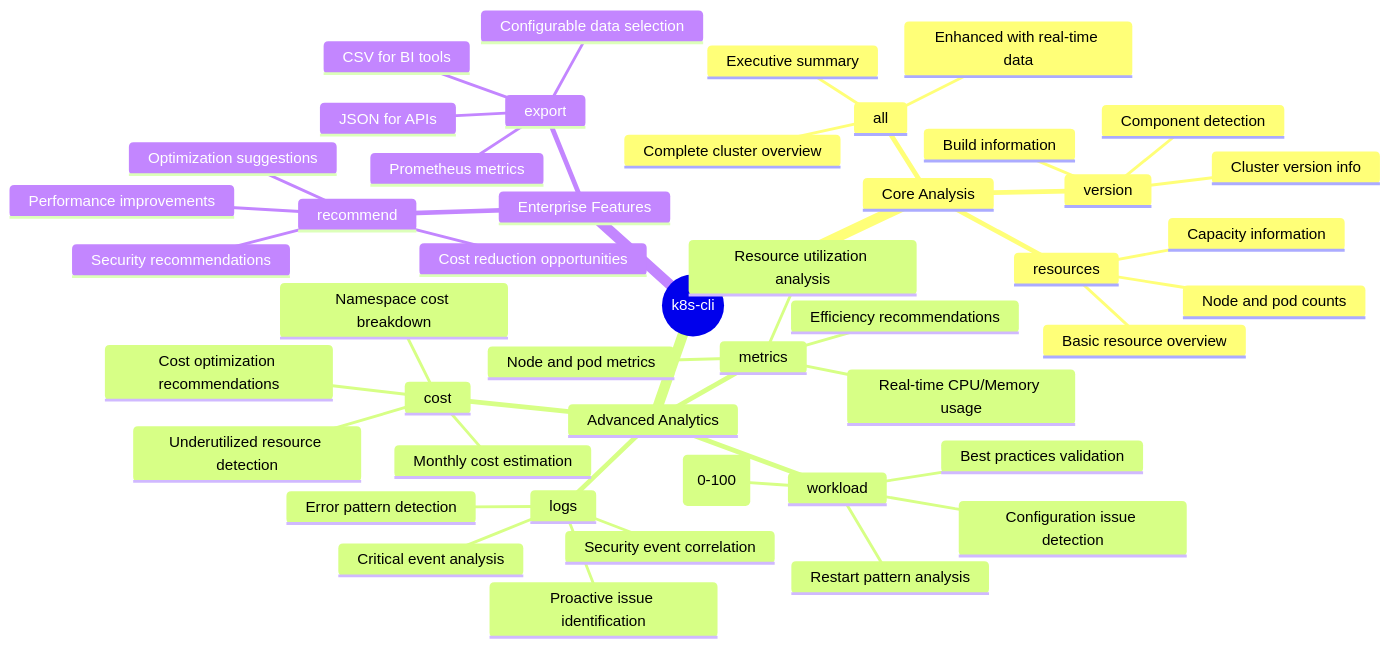
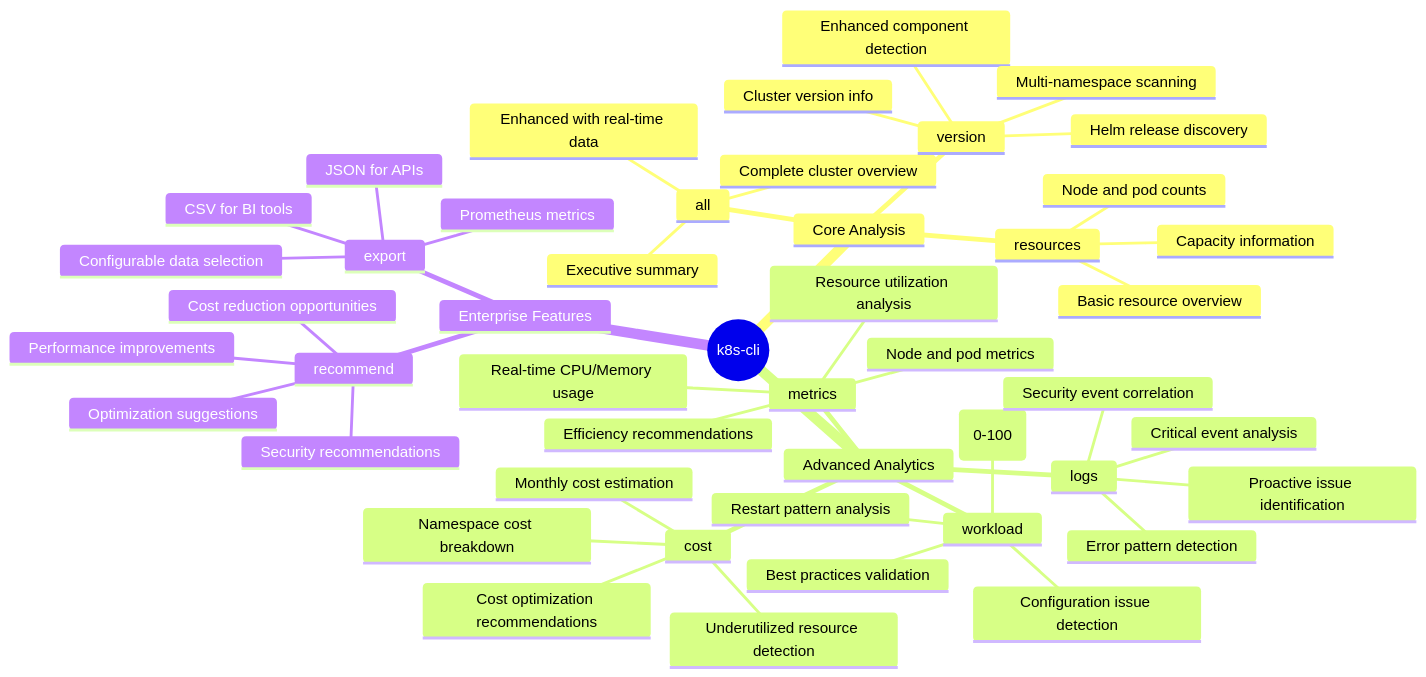
The second of 2 diagrams in README.md (Portfolio-jaime/lab-go-cli), drawn with Mermaid before and after one commit. The commit also changed other lines of this file and 46 other files, not shown here.

````diff
--- a/README.md
+++ b/README.md
@@ -101,51 +101,52 @@
 ```mermaid
 mindmap
   root((k8s-cli))
     Core Analysis
       all
         Complete cluster overview
         Enhanced with real-time data
         Executive summary
       version
-        Cluster version info
-        Component detection
-        Build information
+        Cluster version info  
+        Enhanced component detection
+        Helm release discovery
+        Multi-namespace scanning
       resources
         Basic resource overview
         Node and pod counts
         Capacity information
     
     Advanced Analytics
       metrics
         Real-time CPU/Memory usage
         Resource utilization analysis
         Efficiency recommendations
         Node and pod metrics
       cost
         Monthly cost estimation
         Underutilized resource detection
         Cost optimization recommendations
         Namespace cost breakdown
       workload
         Health scoring (0-100)
         Configuration issue detection
         Restart pattern analysis
         Best practices validation
       logs
         Critical event analysis
         Error pattern detection
         Security event correlation
         Proactive issue identification
     
     Enterprise Features
       export
         JSON for APIs
         CSV for BI tools
         Prometheus metrics
         Configurable data selection
       recommend
         Optimization suggestions
         Security recommendations
         Performance improvements
         Cost reduction opportunities
 ```
````
